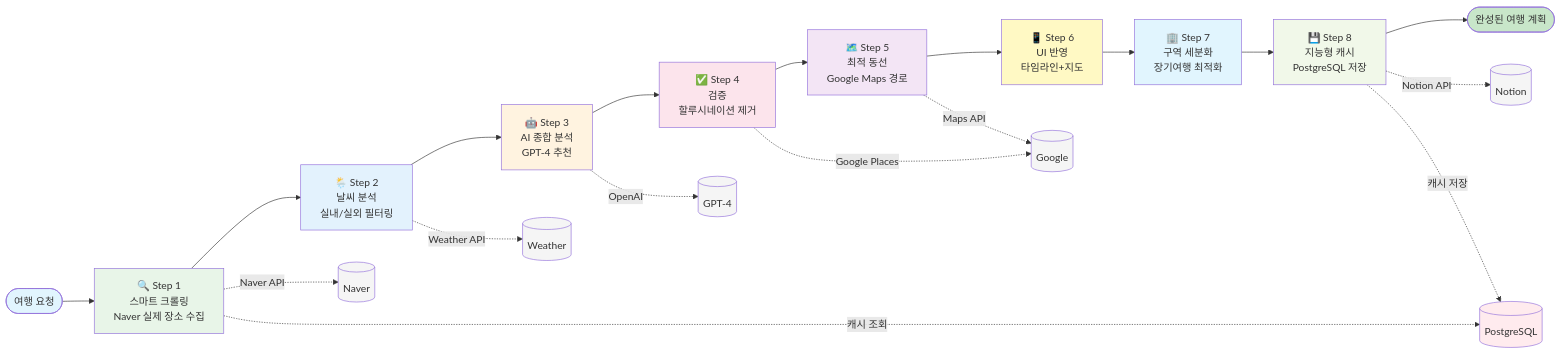
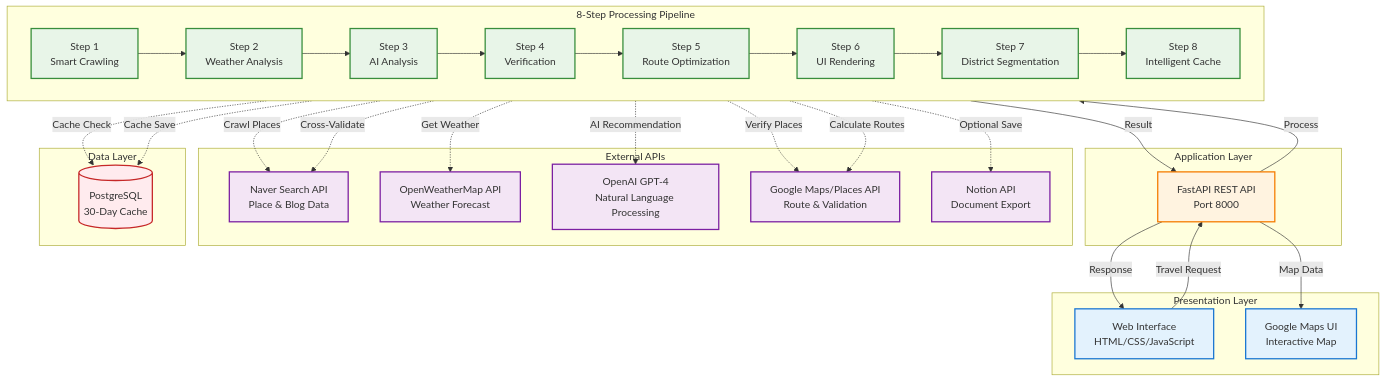
One commit to idle0403/travel-recommend-korea changed the first of 2 diagrams in README.MD. Above: the diagram before and after it, drawn with Mermaid. The commit also changed other lines of this file, not shown here.

Commit message:
readme.md update

````diff
--- a/README.MD
+++ b/README.MD
@@ -41,43 +25,67 @@
 ```mermaid
-graph LR
-    Start([여행 요청]) --> Step1
+graph TB
+    subgraph Frontend["Presentation Layer"]
+        UI[Web Interface<br/>HTML/CSS/JavaScript]
+        MAP[Google Maps UI<br/>Interactive Map]
+    end
     
-    Step1[🔍 Step 1<br/>스마트 크롤링<br/>Naver 실제 장소 수집] --> Step2
-    Step2[🌦️ Step 2<br/>날씨 분석<br/>실내/실외 필터링] --> Step3
-    Step3[🤖 Step 3<br/>AI 종합 분석<br/>GPT-4 추천] --> Step4
-    Step4[✅ Step 4<br/>검증<br/>할루시네이션 제거] --> Step5
-    Step5[🗺️ Step 5<br/>최적 동선<br/>Google Maps 경로] --> Step6
-    Step6[📱 Step 6<br/>UI 반영<br/>타임라인+지도] --> Step7
-    Step7[🏢 Step 7<br/>구역 세분화<br/>장기여행 최적화] --> Step8
-    Step8[💾 Step 8<br/>지능형 캐시<br/>PostgreSQL 저장] --> End([완성된 여행 계획])
+    subgraph API["Application Layer"]
+        REST[FastAPI REST API<br/>Port 8000]
+    end
     
-    %% External APIs
-    Step1 -.Naver API.-> API1[(Naver)]
-    Step2 -.Weather API.-> API2[(Weather)]
-    Step3 -.OpenAI.-> API3[(GPT-4)]
-    Step4 -.Google Places.-> API4[(Google)]
-    Step5 -.Maps API.-> API4
-    Step8 -.Notion API.-> API5[(Notion)]
+    subgraph Pipeline["8-Step Processing Pipeline"]
+        direction LR
+        S1[Step 1<br/>Smart Crawling] --> S2[Step 2<br/>Weather Analysis]
+        S2 --> S3[Step 3<br/>AI Analysis]
+        S3 --> S4[Step 4<br/>Verification]
+        S4 --> S5[Step 5<br/>Route Optimization]
+        S5 --> S6[Step 6<br/>UI Rendering]
+        S6 --> S7[Step 7<br/>District Segmentation]
+        S7 --> S8[Step 8<br/>Intelligent Cache]
+    end
     
-    %% Database
-    Step1 -.캐시 조회.-> DB[(PostgreSQL)]
-    Step8 -.캐시 저장.-> DB
+    subgraph External["External APIs"]
+        NAVER[Naver Search API<br/>Place & Blog Data]
+        WEATHER[OpenWeatherMap API<br/>Weather Forecast]
+        OPENAI[OpenAI GPT-4<br/>Natural Language Processing]
+        GOOGLE[Google Maps/Places API<br/>Route & Validation]
+        NOTION[Notion API<br/>Document Export]
+    end
+    
+    subgraph Data["Data Layer"]
+        DB[(PostgreSQL<br/>30-Day Cache)]
+    end
+    
+    %% User Flow
+    UI -->|Travel Request| REST
+    REST -->|Process| S1
+    S8 -->|Result| REST
+    REST -->|Response| UI
+    REST -->|Map Data| MAP
+    
+    %% Pipeline to External APIs
+    S1 -.->|Crawl Places| NAVER
+    S2 -.->|Get Weather| WEATHER
+    S3 -.->|AI Recommendation| OPENAI
+    S4 -.->|Cross-Validate| NAVER
+    S4 -.->|Verify Places| GOOGLE
+    S5 -.->|Calculate Routes| GOOGLE
+    S8 -.->|Optional Save| NOTION
+    
+    %% Database Interactions
+    S1 -.->|Cache Check| DB
+    S8 -.->|Cache Save| DB
     
     %% Styling
-    style Start fill:#e1f5fe
-    style End fill:#c8e6c9
-    style Step1 fill:#e8f5e8
-    style Step2 fill:#e3f2fd
-    style Step3 fill:#fff3e0
-    style Step4 fill:#fce4ec
-    style Step5 fill:#f3e5f5
-    style Step6 fill:#fff9c4
-    style Step7 fill:#e1f5fe
-    style Step8 fill:#f1f8e9
-    style DB fill:#ffebee
-    style API1 fill:#f5f5f5
-    style API2 fill:#f5f5f5
-    style API3 fill:#f5f5f5
-    style API4 fill:#f5f5f5
-    style API5 fill:#f5f5f5
+    classDef frontendStyle fill:#e3f2fd,stroke:#1976d2,stroke-width:2px
+    classDef apiStyle fill:#fff3e0,stroke:#f57c00,stroke-width:2px
+    classDef pipelineStyle fill:#e8f5e8,stroke:#388e3c,stroke-width:2px
+    classDef externalStyle fill:#f3e5f5,stroke:#7b1fa2,stroke-width:2px
+    classDef dataStyle fill:#ffebee,stroke:#c62828,stroke-width:2px
+    
+    class UI,MAP frontendStyle
+    class REST apiStyle
+    class S1,S2,S3,S4,S5,S6,S7,S8 pipelineStyle
+    class NAVER,WEATHER,OPENAI,GOOGLE,NOTION externalStyle
+    class DB dataStyle
 ```
````
